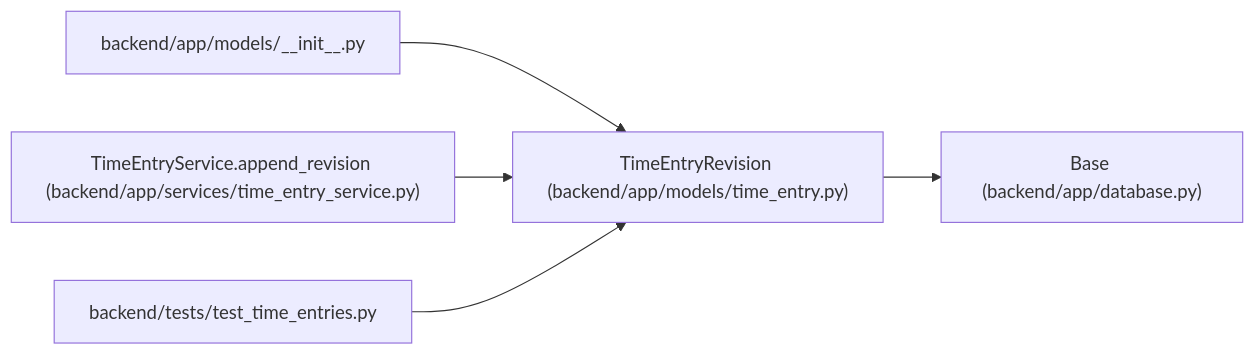
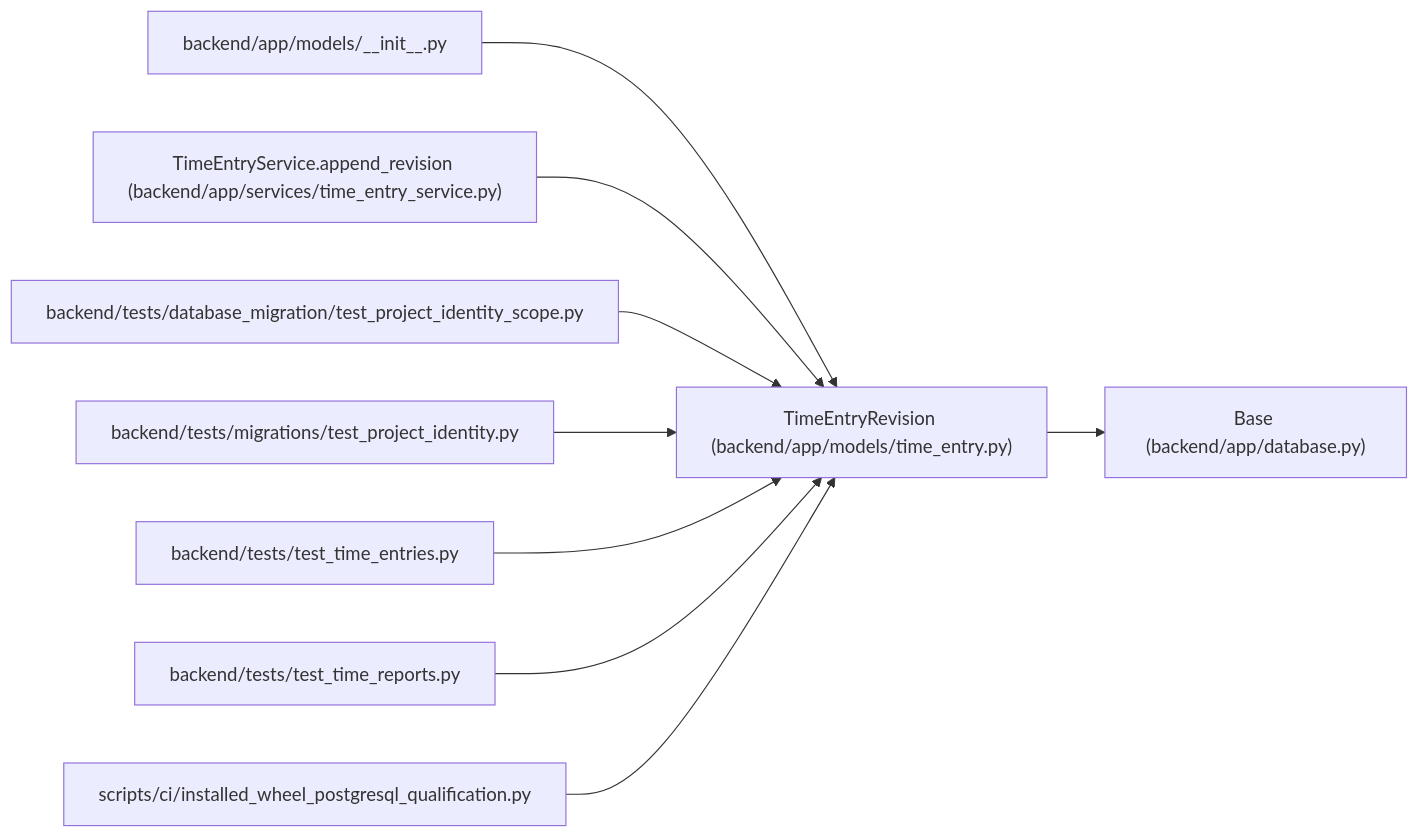
One commit to Denissvgn/WorkChord changed the diagram in docs/llm_wiki/entities/TimeEntryRevision.md. Above: the diagram before and after it, drawn with Mermaid. The commit also changed other lines of this file and 10148 other files, not shown here.

````diff
--- a/docs/llm_wiki/entities/TimeEntryRevision.md
+++ b/docs/llm_wiki/entities/TimeEntryRevision.md
@@ -36,17 +36,29 @@
 ```mermaid
 flowchart LR
     n0["TimeEntryRevision (backend/app/models/time_entry.py)"]
     n1["Base (backend/app/database.py)"]
     n2["backend/app/models/__init__.py"]
     n3["TimeEntryService.append_revision (backend/app/services/time_entry_service.py)"]
-    n4["backend/tests/test_time_entries.py"]
+    n4["backend/tests/database_migration/test_project_identity_scope.py"]
+    n5["backend/tests/migrations/test_project_identity.py"]
+    n6["backend/tests/test_time_entries.py"]
+    n7["backend/tests/test_time_reports.py"]
+    n8["scripts/ci/installed_wheel_postgresql_qualification.py"]
     n0 --> n1
     n2 --> n0
     n3 --> n0
     n4 --> n0
+    n5 --> n0
+    n6 --> n0
+    n7 --> n0
+    n8 --> n0
     click n0 "../modules/models_time_entry.md"
     click n1 "../modules/app_database.md"
     click n2 "../modules/models___init__.md"
     click n3 "../modules/time_entry_service.md"
-    click n4 "../modules/test_time_entries.md"
+    click n4 "../modules/test_project_identity_scope.md"
+    click n5 "../modules/test_project_identity.md"
+    click n6 "../modules/test_time_entries.md"
+    click n7 "../modules/test_time_reports.md"
+    click n8 "../modules/installed_wheel_postgresql_qualification.md"
 ```
````
